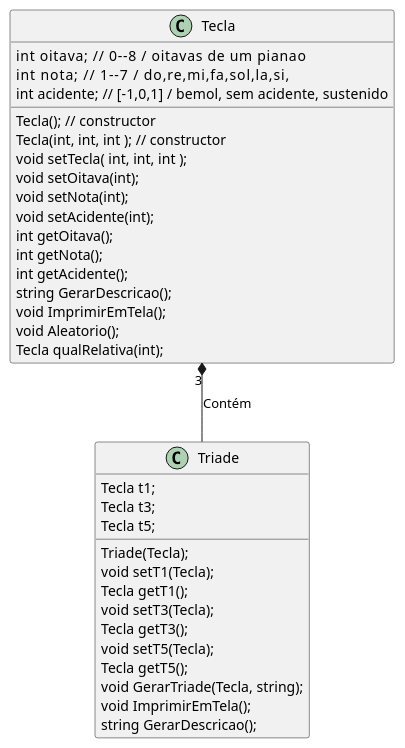
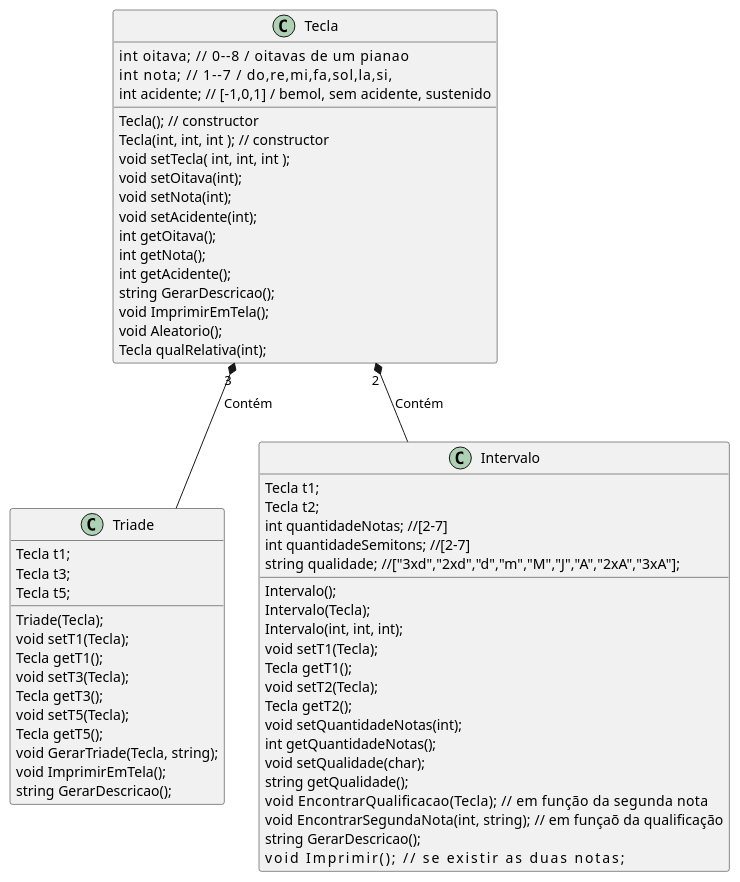
The diagram in c++/projects/notas/documetation/classDiagram.puml (marcuswlima/learning), drawn with PlantUML before and after one commit.

Commit message:
[c++/notas] melhoria class diagram
 Please enter the commit message for your changes. Lines starting
 with '#' will be ignored, and an empty message aborts the commit.

 On branch main
 Your branch is up to date with 'origin/main'.

 Changes to be committed:
	modified:   c++/projects/notas/documetation/classDiagram.puml

```diff
--- a/c++/projects/notas/documetation/classDiagram.puml
+++ b/c++/projects/notas/documetation/classDiagram.puml
@@ -1,40 +1,64 @@
 @startuml
 class Triade{
     Triade(Tecla);
     void setT1(Tecla);
     Tecla getT1();
     void setT3(Tecla);
     Tecla getT3();
     void setT5(Tecla);
     Tecla getT5();
     void GerarTriade(Tecla, string);
     void ImprimirEmTela();
     string GerarDescricao();
     Tecla t1;
     Tecla t3;
     Tecla t5;
 }
 
 
 class Tecla {
     Tecla(); // constructor
     Tecla(int, int, int ); // constructor
     void setTecla( int, int, int ); 
     void setOitava(int);
     void setNota(int);
     void setAcidente(int);
     int getOitava();
     int getNota();
     int getAcidente();
     string GerarDescricao();
     void ImprimirEmTela();
     void Aleatorio();
     Tecla qualRelativa(int);
     int oitava;     // 0--8     / oitavas de um pianao
     int nota;       // 1--7     / do,re,mi,fa,sol,la,si,
     int acidente;   // [-1,0,1] / bemol, sem acidente, sustenido
 }
 
+class Intervalo {
+    Intervalo();
+    Intervalo(Tecla);
+    Intervalo(int, int, int);
+    void setT1(Tecla);
+    Tecla getT1();
+    void setT2(Tecla);
+    Tecla getT2();
+    void setQuantidadeNotas(int);
+    int getQuantidadeNotas();
+    void setQualidade(char);
+    string getQualidade();
+    void EncontrarQualificacao(Tecla);      // em função da segunda nota
+    void EncontrarSegundaNota(int, string);   // em funçaõ da qualificação
+    string GerarDescricao();
+    void Imprimir();                        // se existir as duas notas;
+    Tecla t1;
+    Tecla t2;
+    int quantidadeNotas; //[2-7]
+    int quantidadeSemitons; //[2-7]
+    string qualidade; //["3xd","2xd","d","m","M","J","A","2xA","3xA"];
+}
+
 Tecla "3" *-- Triade: Contém
+Tecla "2" *-- Intervalo: Contém
 
 @enduml
```
